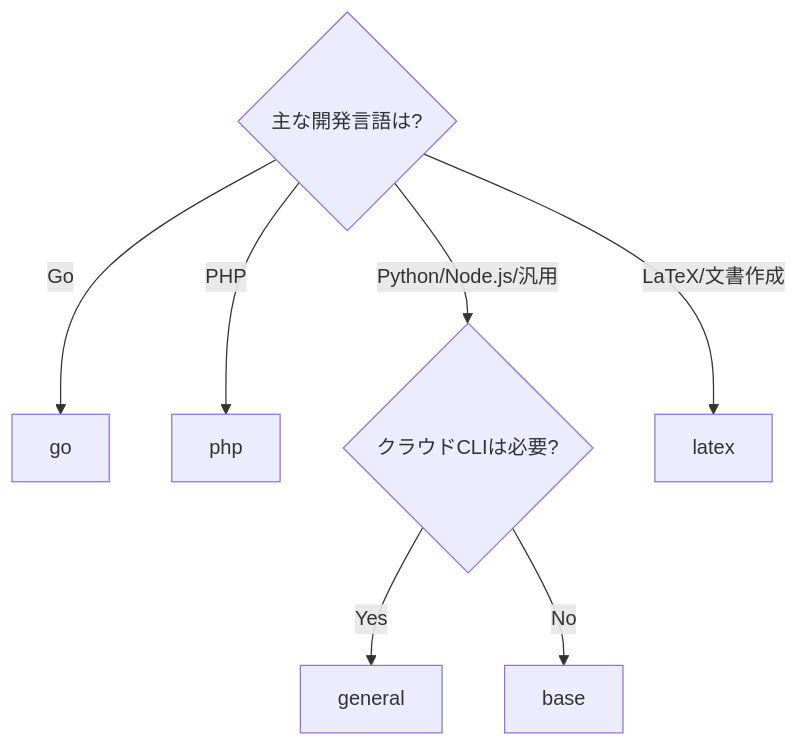
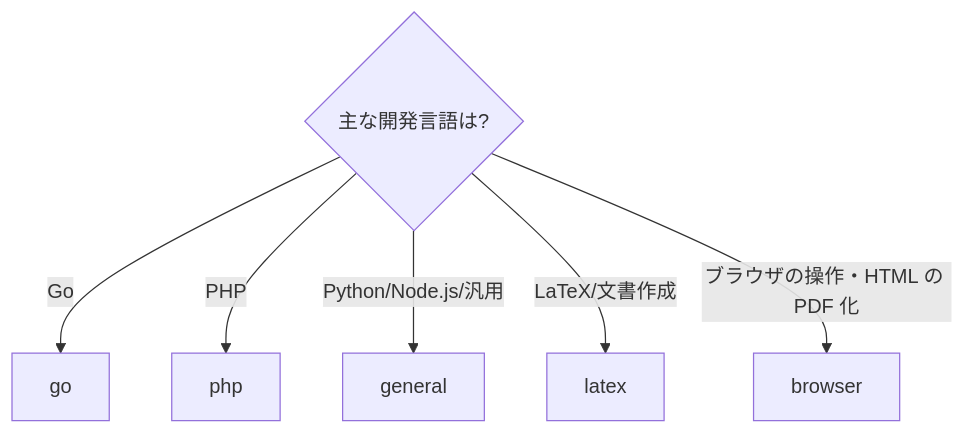
One commit to devbasex/devbase changed the third of 3 diagrams in docs/plugin-dev/compose-yml-guidelines.md. Above: the diagram before and after it, drawn with Mermaid. The commit also changed other lines of this file and 2 other files, not shown here.

First line of the commit message:
docs: イメージの表と図の継承元を各 Dockerfile の FROM に合わせる（#251）

````diff
--- a/docs/plugin-dev/compose-yml-guidelines.md
+++ b/docs/plugin-dev/compose-yml-guidelines.md
@@ -142,10 +142,9 @@
 ```mermaid
 flowchart TD
     Q1{主な開発言語は?}
     Q1 -->|Go| IMG_GO["go"]
     Q1 -->|PHP| IMG_PHP["php"]
-    Q1 -->|Python/Node.js/汎用| Q2{クラウドCLIは必要?}
+    Q1 -->|Python/Node.js/汎用| IMG_GENERAL["general"]
     Q1 -->|LaTeX/文書作成| IMG_LATEX["latex"]
-    Q2 -->|Yes| IMG_GENERAL["general"]
-    Q2 -->|No| IMG_BASE["base"]
+    Q1 -->|ブラウザの操作・HTML の PDF 化| IMG_BROWSER["browser"]
 ```
````
